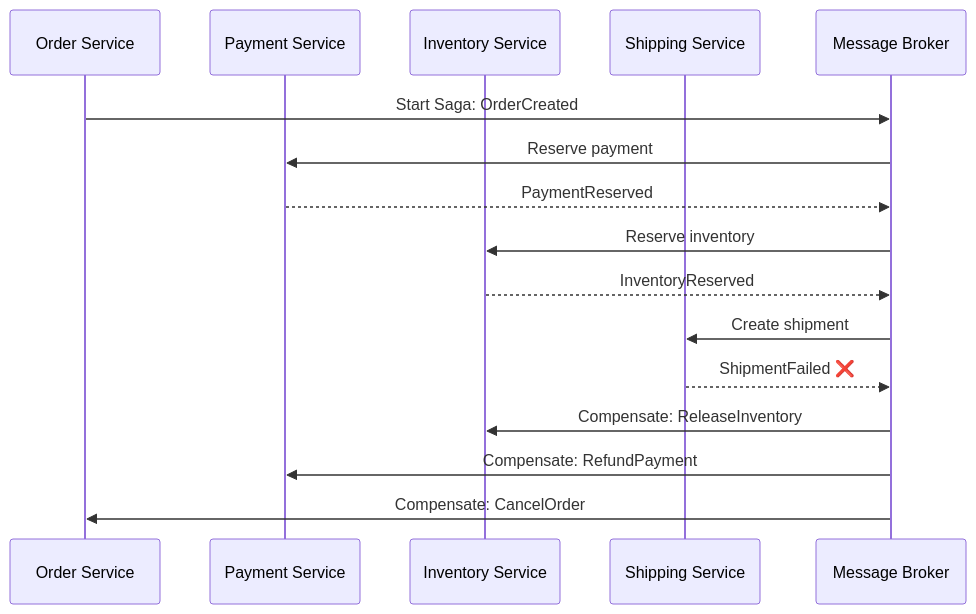
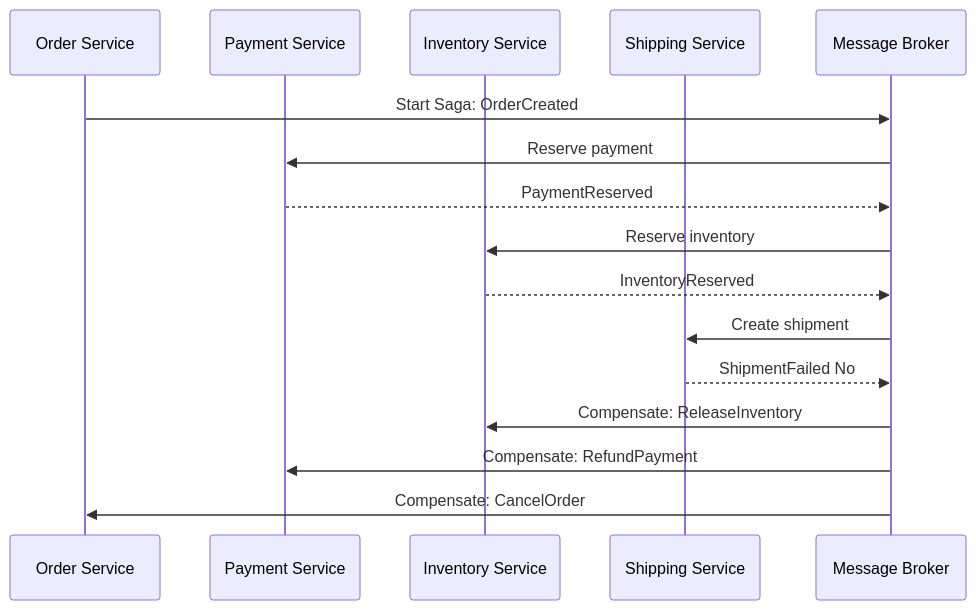
Before and after one commit to billywr/system-design: diagram 21 of 32 in 08-fundamentals/29-message-queues-patterns-comparison.md, drawn with Mermaid. The commit also changed other lines of this file and 39 other files, not shown here.

````diff
--- a/08-fundamentals/29-message-queues-patterns-comparison.md
+++ b/08-fundamentals/29-message-queues-patterns-comparison.md
@@ -903,19 +903,19 @@
 ```mermaid
 sequenceDiagram
     participant O as Order Service
     participant P as Payment Service
     participant I as Inventory Service
     participant S as Shipping Service
     participant Q as Message Broker
 
     O->>Q: Start Saga: OrderCreated
     Q->>P: Reserve payment
     P-->>Q: PaymentReserved
     Q->>I: Reserve inventory
     I-->>Q: InventoryReserved
     Q->>S: Create shipment
-    S-->>Q: ShipmentFailed ❌
+    S-->>Q: ShipmentFailed No
     Q->>I: Compensate: ReleaseInventory
     Q->>P: Compensate: RefundPayment
     Q->>O: Compensate: CancelOrder
 ```
````
